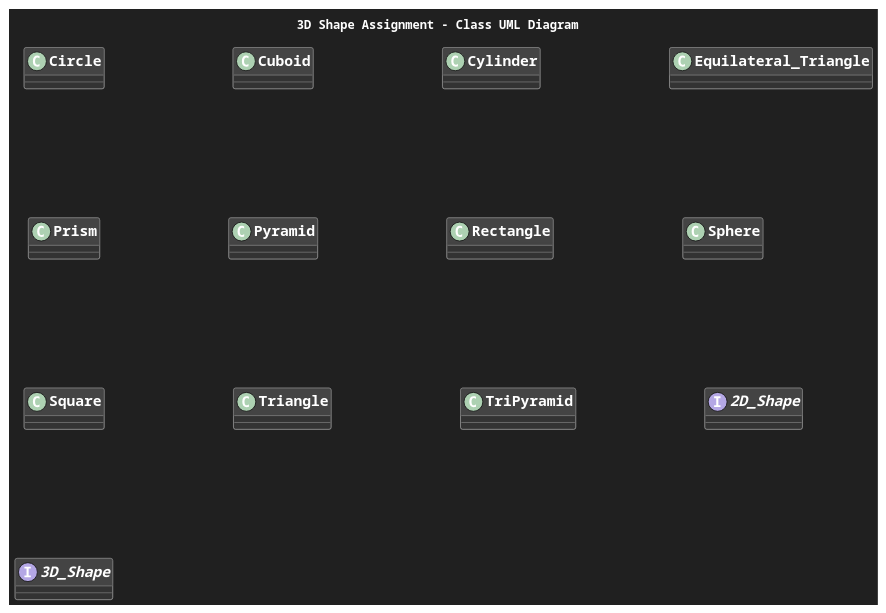
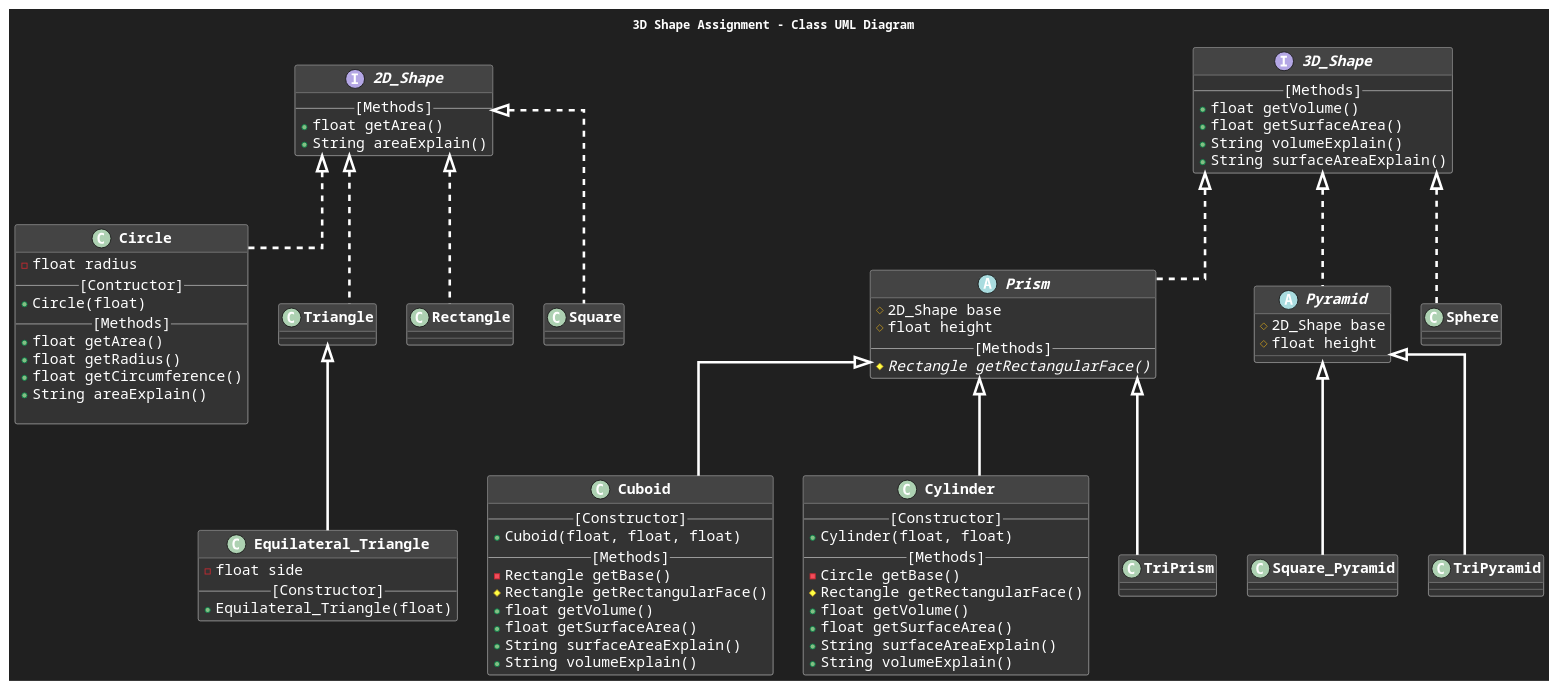
One commit to FusionStreak/3d-shape-assignment changed the diagram in structure.puml. Above: the diagram before and after it, drawn with PlantUML. The commit also changed 22 other files, not shown here.

```diff
--- a/structure.puml
+++ b/structure.puml
@@ -1,79 +1,120 @@
 @startuml GeneralStructure
 
 skinparam{
     backgroundColor #202020
     defaultFontName Courier
     defaultFontColor #FFFFFF
 
     ClassBackgroundColor #333333
     ClassBorderColor #AAAAAA
     ClassHeaderBackgroundColor #444444
     ClassFontSize 19
     ClassFontStyle bold
     ClassAttributeFontSize 17
-    
 
-    Linetype orthogonal
-    Nodesep 150
-    Ranksep 150
+
+    Linetype ortho
     ArrowThickness 3
     ArrowColor #FFFFFF
-  
 }
 
 title 3D Shape Assignment - Class UML Diagram
 
 
-class Circle {
+interface 2D_Shape {
+    --[Methods]--
+    + float getArea()
+    + String areaExplain()
+}
+
+interface 3D_Shape {
+    --[Methods]--
+    + float getVolume()
+    + float getSurfaceArea()
+    + String volumeExplain()
+    + String surfaceAreaExplain()
+}
+
+class Circle implements 2D_Shape {
+    - float radius
+    --[Contructor]--
+    + Circle(float)
+    --[Methods]--
+    + float getArea()
+    + float getRadius()
+    + float getCircumference()
+    + String areaExplain()
 
 }
 
-class Cuboid {
+class Cuboid extends Prism {
+    --[Constructor]--
+    + Cuboid(float, float, float)
+    --[Methods]--
+    - Rectangle getBase()
+    # Rectangle getRectangularFace()
+    + float getVolume()
+    + float getSurfaceArea()
+    + String surfaceAreaExplain()
+    + String volumeExplain()
+}
+
+class Cylinder extends Prism {
+    --[Constructor]--
+    + Cylinder(float, float)
+    --[Methods]--
+    - Circle getBase()
+    # Rectangle getRectangularFace()
+    + float getVolume()
+    + float getSurfaceArea()
+    + String surfaceAreaExplain()
+    + String volumeExplain()
+}
+
+class Equilateral_Triangle extends Triangle {
+    - float side
+    --[Constructor]--
+    + Equilateral_Triangle(float)
+}
+
+abstract class Prism implements 3D_Shape {
+    # 2D_Shape base
+    # float height
+    --[Methods]--
+    # {abstract} Rectangle getRectangularFace()
+}
+
+abstract class Pyramid implements 3D_Shape {
+    # 2D_Shape base
+    # float height
+}
+
+class Rectangle implements 2D_Shape {
 
 }
 
-class Cylinder {
+class Sphere implements 3D_Shape {
 
 }
 
-class Equilateral_Triangle {
+class Square implements 2D_Shape {
 
 }
 
-class Prism {
+class Square_Pyramid extends Pyramid {
 
 }
 
-class Pyramid {
+class Triangle implements 2D_Shape {
 
 }
 
-class Rectangle {
+class TriPrism extends Prism    {
 
 }
 
-class Sphere {
-
-}
-
-class Square {
-
-}
-
-class Triangle {
-
-}
-
-class TriPyramid {
-
-}
-
-interface 2D_Shape {
-
-}
-
-interface 3D_Shape {
+class TriPyramid extends Pyramid {
 
 }
 
 @enduml
```
